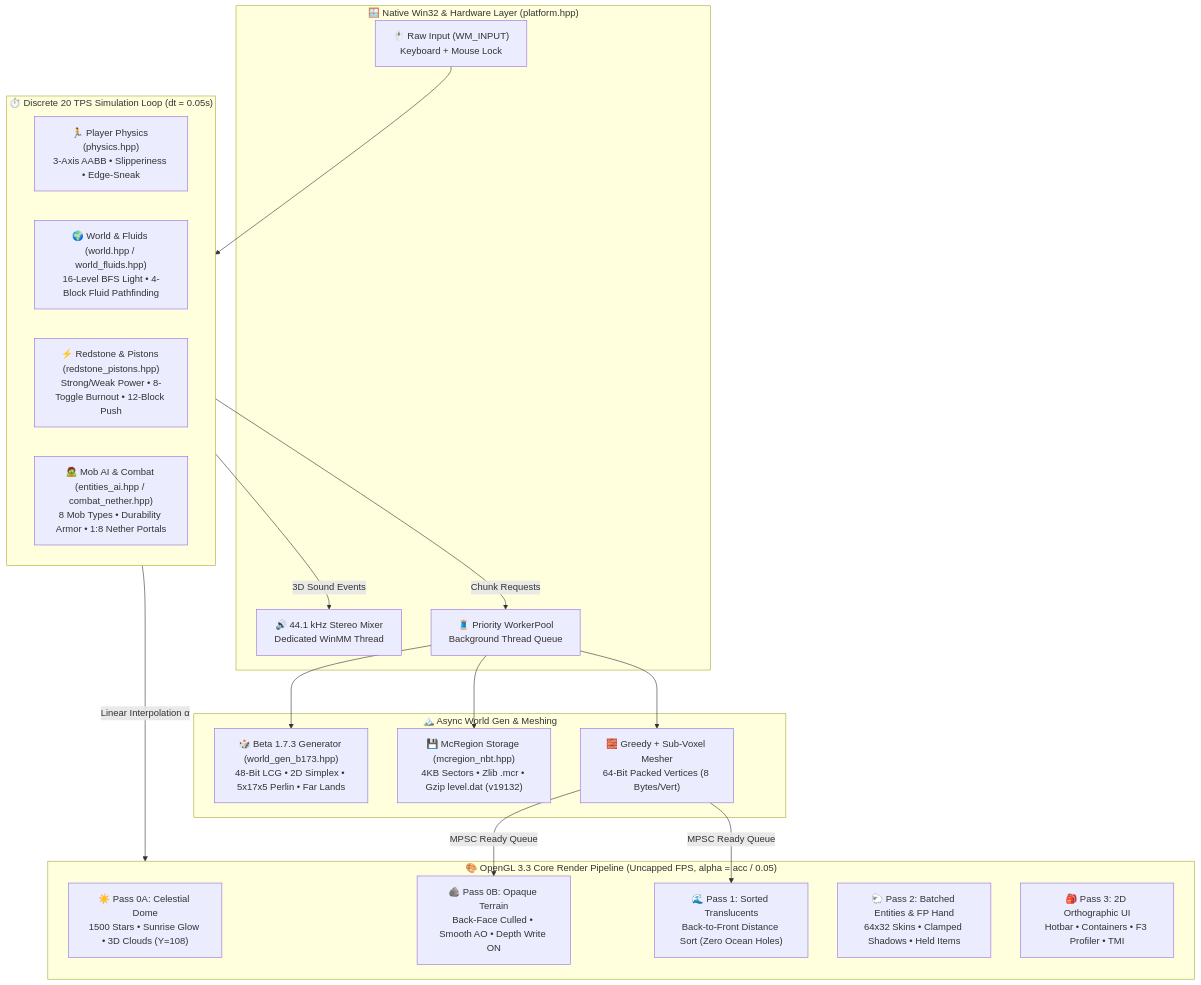
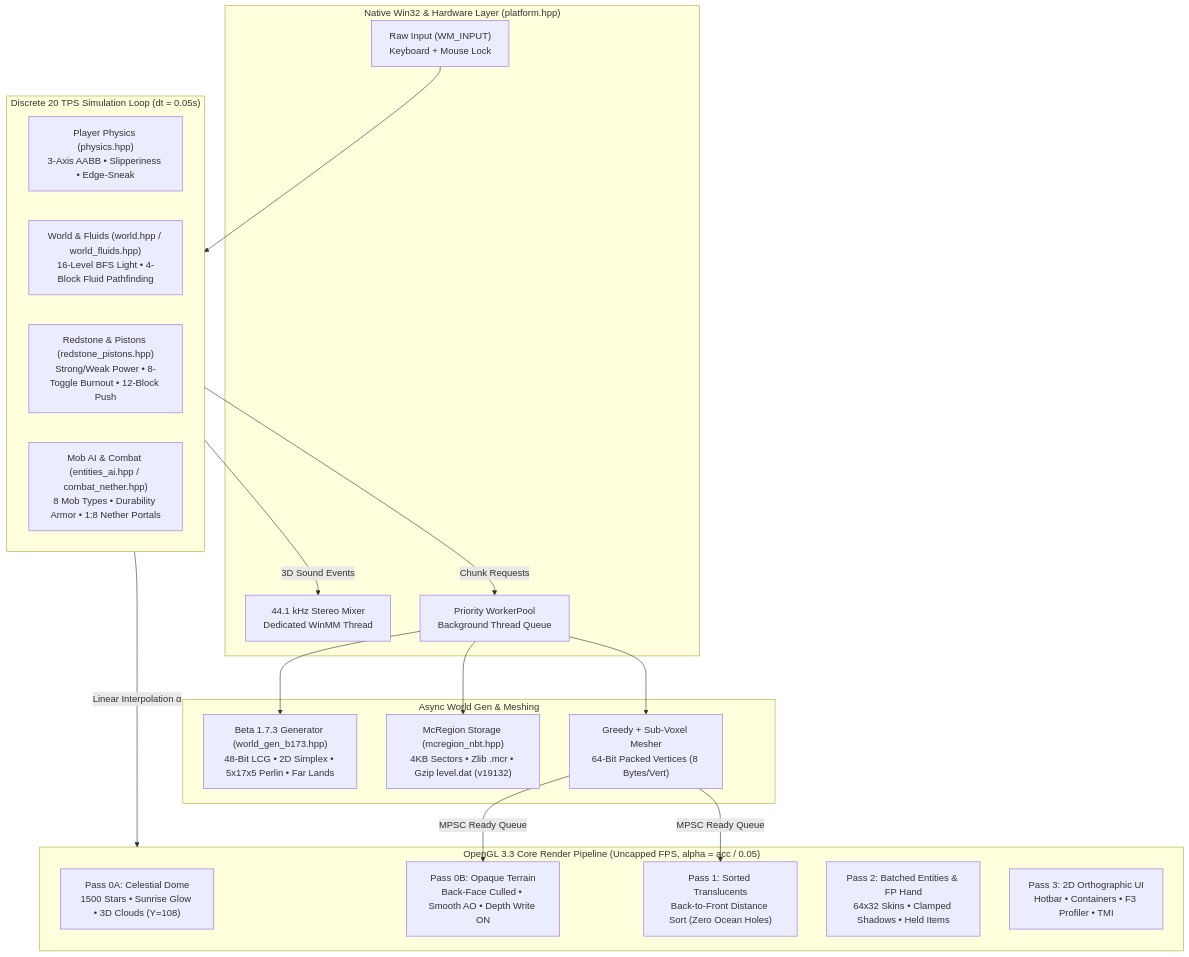
One commit to laaasoomaa279/MC-b173-Cpp-Engine changed the first of 2 diagrams in README.md. Above: the diagram before and after it, drawn with Mermaid. The commit also changed other lines of this file, not shown here.

````diff
--- a/README.md
+++ b/README.md
@@ -41,37 +41,37 @@
 ```mermaid
 flowchart TB
-    subgraph WIN32["🪟 Native Win32 & Hardware Layer (platform.hpp)"]
-        INPUT["🖱️ Raw Input (WM_INPUT)\nKeyboard + Mouse Lock"]
-        AUDIO["🔊 44.1 kHz Stereo Mixer\nDedicated WinMM Thread"]
-        WPOOL["🧵 Priority WorkerPool\nBackground Thread Queue"]
+    subgraph WIN32[" Native Win32 & Hardware Layer (platform.hpp)"]
+        INPUT[" Raw Input (WM_INPUT)\nKeyboard + Mouse Lock"]
+        AUDIO[" 44.1 kHz Stereo Mixer\nDedicated WinMM Thread"]
+        WPOOL[" Priority WorkerPool\nBackground Thread Queue"]
     end
 
-    subgraph SIM["⏱️ Discrete 20 TPS Simulation Loop (dt = 0.05s)"]
-        PHY["🏃 Player Physics (physics.hpp)\n3-Axis AABB • Slipperiness • Edge-Sneak"]
-        WLD["🌍 World & Fluids (world.hpp / world_fluids.hpp)\n16-Level BFS Light • 4-Block Fluid Pathfinding"]
-        RED["⚡ Redstone & Pistons (redstone_pistons.hpp)\nStrong/Weak Power • 8-Toggle Burnout • 12-Block Push"]
-        ENT["🧟 Mob AI & Combat (entities_ai.hpp / combat_nether.hpp)\n8 Mob Types • Durability Armor • 1:8 Nether Portals"]
+    subgraph SIM[" Discrete 20 TPS Simulation Loop (dt = 0.05s)"]
+        PHY[" Player Physics (physics.hpp)\n3-Axis AABB • Slipperiness • Edge-Sneak"]
+        WLD[" World & Fluids (world.hpp / world_fluids.hpp)\n16-Level BFS Light • 4-Block Fluid Pathfinding"]
+        RED[" Redstone & Pistons (redstone_pistons.hpp)\nStrong/Weak Power • 8-Toggle Burnout • 12-Block Push"]
+        ENT[" Mob AI & Combat (entities_ai.hpp / combat_nether.hpp)\n8 Mob Types • Durability Armor • 1:8 Nether Portals"]
     end
 
-    subgraph GEN["🏔️ Async World Gen & Meshing"]
-        NOISE["🎲 Beta 1.7.3 Generator (world_gen_b173.hpp)\n48-Bit LCG • 2D Simplex • 5x17x5 Perlin • Far Lands"]
-        MCR["💾 McRegion Storage (mcregion_nbt.hpp)\n4KB Sectors • Zlib .mcr • Gzip level.dat (v19132)"]
-        MESH["🧱 Greedy + Sub-Voxel Mesher\n64-Bit Packed Vertices (8 Bytes/Vert)"]
+    subgraph GEN[" Async World Gen & Meshing"]
+        NOISE[" Beta 1.7.3 Generator (world_gen_b173.hpp)\n48-Bit LCG • 2D Simplex • 5x17x5 Perlin • Far Lands"]
+        MCR[" McRegion Storage (mcregion_nbt.hpp)\n4KB Sectors • Zlib .mcr • Gzip level.dat (v19132)"]
+        MESH[" Greedy + Sub-Voxel Mesher\n64-Bit Packed Vertices (8 Bytes/Vert)"]
     end
 
-    subgraph GPU["🎨 OpenGL 3.3 Core Render Pipeline (Uncapped FPS, alpha = acc / 0.05)"]
-        SKY["☀️ Pass 0A: Celestial Dome\n1500 Stars • Sunrise Glow • 3D Clouds (Y=108)"]
-        OPQ["🪨 Pass 0B: Opaque Terrain\nBack-Face Culled • Smooth AO • Depth Write ON"]
-        TRN["🌊 Pass 1: Sorted Translucents\nBack-to-Front Distance Sort (Zero Ocean Holes)"]
-         BatchedEnt["🐑 Pass 2: Batched Entities & FP Hand\n64x32 Skins • Clamped Shadows • Held Items"]
-        HUD["🎒 Pass 3: 2D Orthographic UI\nHotbar • Containers • F3 Profiler • TMI"]
+    subgraph GPU[" OpenGL 3.3 Core Render Pipeline (Uncapped FPS, alpha = acc / 0.05)"]
+        SKY[" Pass 0A: Celestial Dome\n1500 Stars • Sunrise Glow • 3D Clouds (Y=108)"]
+        OPQ[" Pass 0B: Opaque Terrain\nBack-Face Culled • Smooth AO • Depth Write ON"]
+        TRN[" Pass 1: Sorted Translucents\nBack-to-Front Distance Sort (Zero Ocean Holes)"]
+         BatchedEnt[" Pass 2: Batched Entities & FP Hand\n64x32 Skins • Clamped Shadows • Held Items"]
+        HUD[" Pass 3: 2D Orthographic UI\nHotbar • Containers • F3 Profiler • TMI"]
     end
 
     INPUT --> SIM
     SIM -->|Chunk Requests| WPOOL
     WPOOL --> NOISE & MCR & MESH
     MESH -->|MPSC Ready Queue| OPQ & TRN
     SIM -->|Linear Interpolation α| GPU
     SIM -->|3D Sound Events| AUDIO
 
 ```
````
